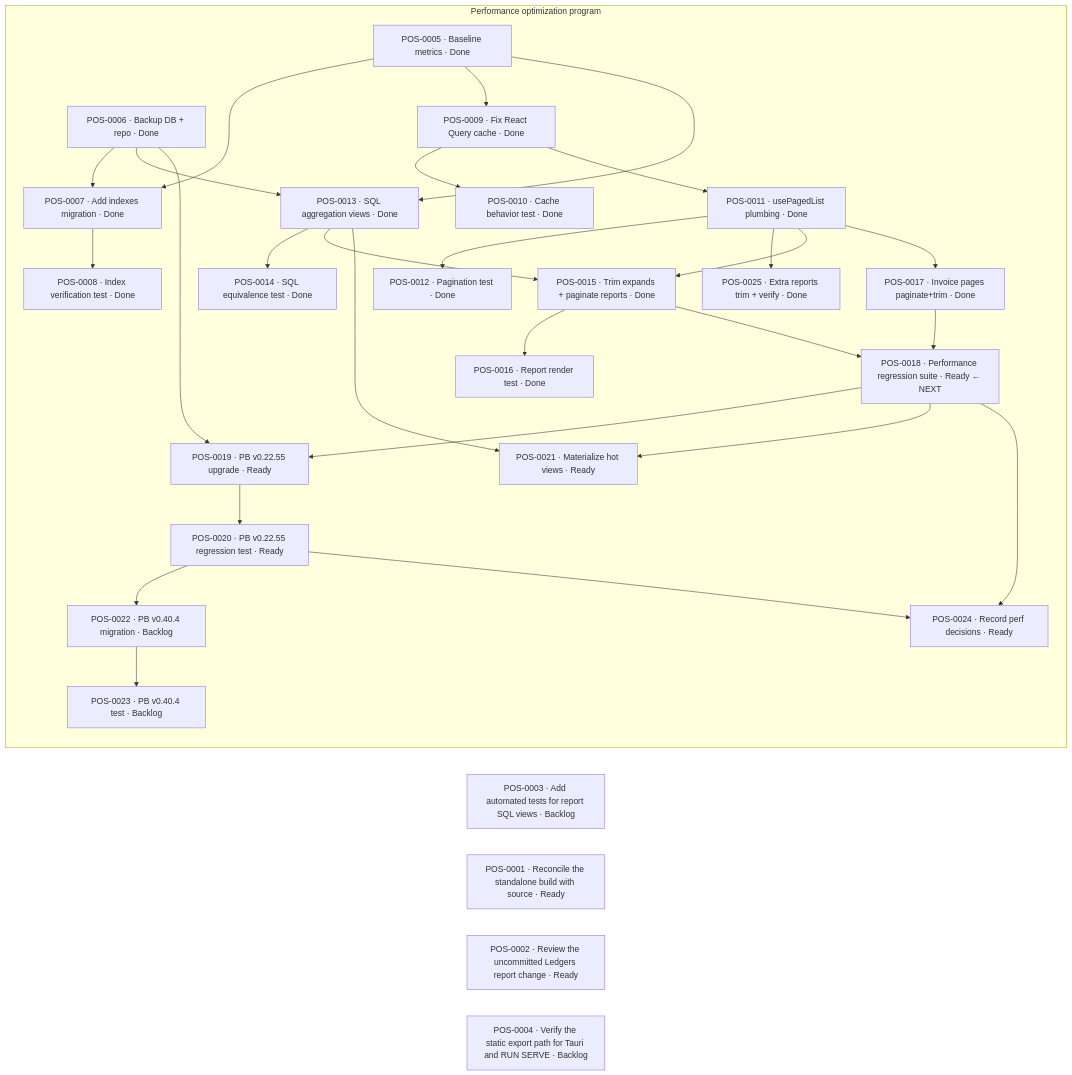
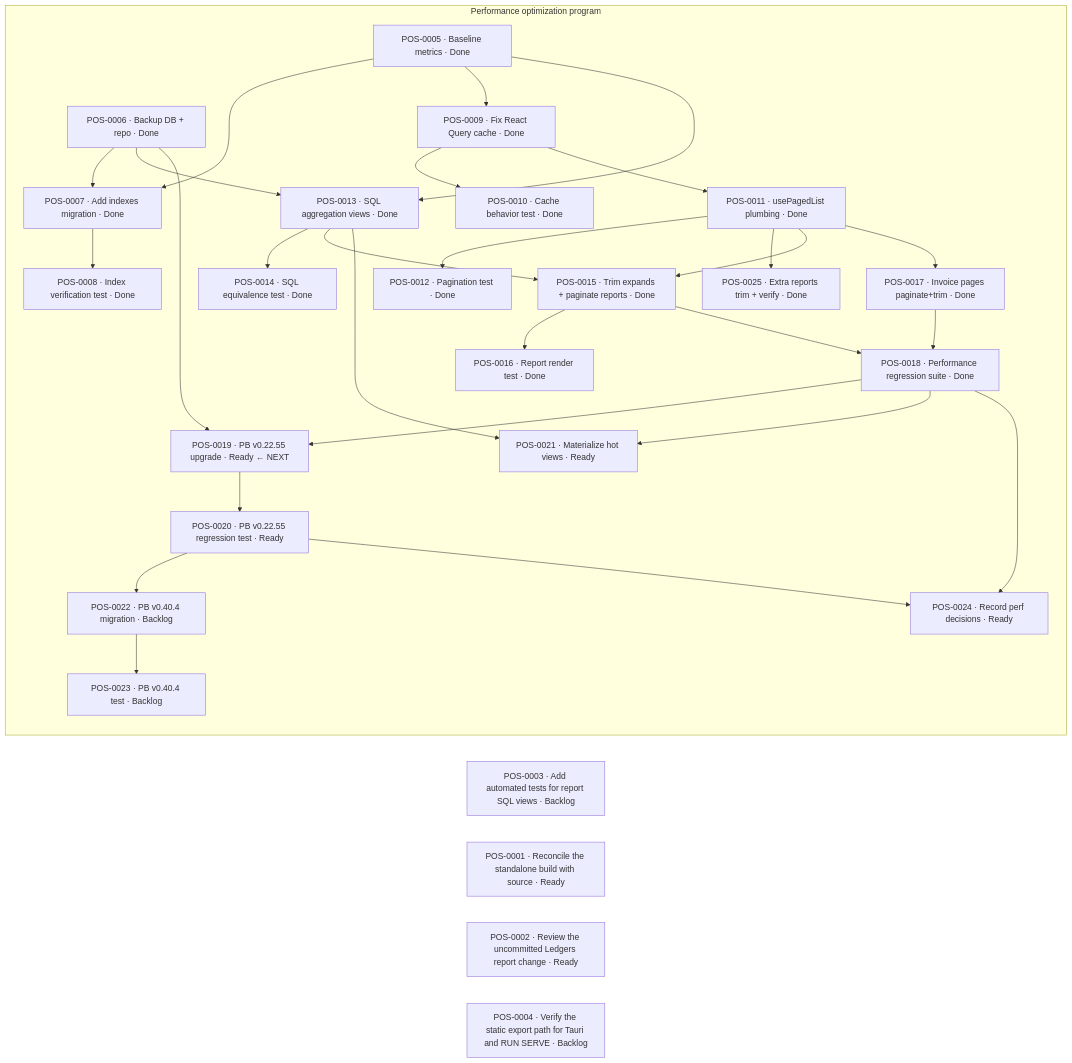
Before and after one commit to abdulhakam/aa_point_of_sale: the second of 2 diagrams in vault/projects/aa-point-of-sale.md, drawn with Mermaid. The commit also changed other lines of this file and 6 other files, not shown here.

First line of the commit message:
POS-0018: capstone performance regression suite (7/7 PASS)

````diff
--- a/vault/projects/aa-point-of-sale.md
+++ b/vault/projects/aa-point-of-sale.md
@@ -123,58 +123,58 @@
 ```mermaid
 flowchart LR
   T1["POS-0003 · Add automated tests for report SQL views · Backlog"]
   T2["POS-0001 · Reconcile the standalone build with source · Ready"]
   T3["POS-0002 · Review the uncommitted Ledgers report change · Ready"]
   T4["POS-0004 · Verify the static export path for Tauri and RUN SERVE · Backlog"]
 
   subgraph PERF["Performance optimization program"]
     P5["POS-0005 · Baseline metrics · Done"]
     P6["POS-0006 · Backup DB + repo · Done"]
     P7["POS-0007 · Add indexes migration · Done"]
     P8["POS-0008 · Index verification test · Done"]
     P9["POS-0009 · Fix React Query cache · Done"]
     P10["POS-0010 · Cache behavior test · Done"]
     P11["POS-0011 · usePagedList plumbing · Done"]
     P12["POS-0012 · Pagination test · Done"]
     P13["POS-0013 · SQL aggregation views · Done"]
     P14["POS-0014 · SQL equivalence test · Done"]
     P15["POS-0015 · Trim expands + paginate reports · Done"]
     P16["POS-0016 · Report render test · Done"]
     P17["POS-0017 · Invoice pages paginate+trim · Done"]
-    P18["POS-0018 · Performance regression suite · Ready ← NEXT"]
-    P19["POS-0019 · PB v0.22.55 upgrade · Ready"]
+    P18["POS-0018 · Performance regression suite · Done"]
+    P19["POS-0019 · PB v0.22.55 upgrade · Ready ← NEXT"]
     P20["POS-0020 · PB v0.22.55 regression test · Ready"]
     P21["POS-0021 · Materialize hot views · Ready"]
     P22["POS-0022 · PB v0.40.4 migration · Backlog"]
     P23["POS-0023 · PB v0.40.4 test · Backlog"]
     P24["POS-0024 · Record perf decisions · Ready"]
     P25["POS-0025 · Extra reports trim + verify · Done"]
   end
 
   P5 --> P7
   P6 --> P7
   P7 --> P8
   P5 --> P9
   P9 --> P10
   P9 --> P11
   P11 --> P12
   P11 --> P25
   P5 --> P13
   P6 --> P13
   P13 --> P14
   P11 --> P15
   P13 --> P15
   P15 --> P16
   P11 --> P17
   P15 --> P18
   P17 --> P18
   P6 --> P19
   P18 --> P19
   P19 --> P20
   P13 --> P21
   P18 --> P21
   P20 --> P22
   P22 --> P23
   P18 --> P24
   P20 --> P24
 ```
````
